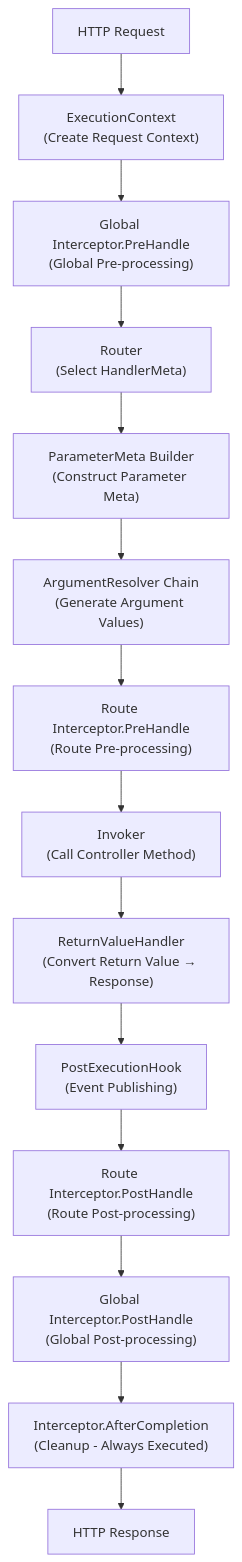
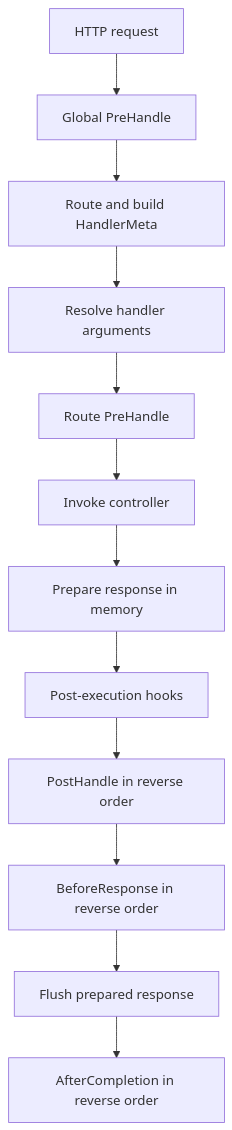
The diagram in docs/en/learn/core-concepts/pipeline.md (NARUBROWN/spine-site), drawn with Mermaid before and after one commit. The commit also changed other lines of this file and 102 other files, not shown here.

````diff
--- a/docs/en/learn/core-concepts/pipeline.md
+++ b/docs/en/learn/core-concepts/pipeline.md
@@ -11,32 +11,14 @@
 ```mermaid
-graph TD
-    Request["HTTP Request"]
-    
-    ExecutionContext["ExecutionContext<br>(Create Request Context)"]
-    GlobalPre["Global Interceptor.PreHandle<br>(Global Pre-processing)"]
-    Router["Router<br>(Select HandlerMeta)"]
-    ParamMeta["ParameterMeta Builder<br>(Construct Parameter Meta)"]
-    ArgResolver["ArgumentResolver Chain<br>(Generate Argument Values)"]
-    RoutePre["Route Interceptor.PreHandle<br>(Route Pre-processing)"]
-    Invoker["Invoker<br>(Call Controller Method)"]
-    ReturnHandler["ReturnValueHandler<br>(Convert Return Value → Response)"]
-    PostHook["PostExecutionHook<br>(Event Publishing)"]
-    RoutePost["Route Interceptor.PostHandle<br>(Route Post-processing)"]
-    GlobalPost["Global Interceptor.PostHandle<br>(Global Post-processing)"]
-    AfterCompletion["Interceptor.AfterCompletion<br>(Cleanup - Always Executed)"]
-    Response["HTTP Response"]
-
-    Request --> ExecutionContext
-    ExecutionContext --> GlobalPre
-    GlobalPre --> Router
-    Router --> ParamMeta
-    ParamMeta --> ArgResolver
-    ArgResolver --> RoutePre
-    RoutePre --> Invoker
-    Invoker --> ReturnHandler
-    ReturnHandler --> PostHook
-    PostHook --> RoutePost
-    RoutePost --> GlobalPost
-    GlobalPost --> AfterCompletion
-    AfterCompletion --> Response
+flowchart TD
+    Request["HTTP request"] --> GlobalPre["Global PreHandle"]
+    GlobalPre --> Route["Route and build HandlerMeta"]
+    Route --> Resolve["Resolve handler arguments"]
+    Resolve --> RoutePre["Route PreHandle"]
+    RoutePre --> Invoke["Invoke controller"]
+    Invoke --> Prepare["Prepare response in memory"]
+    Prepare --> Hooks["Post-execution hooks"]
+    Hooks --> Post["PostHandle in reverse order"]
+    Post --> Before["BeforeResponse in reverse order"]
+    Before --> Flush["Flush prepared response"]
+    Flush --> After["AfterCompletion in reverse order"]
 ```
````
